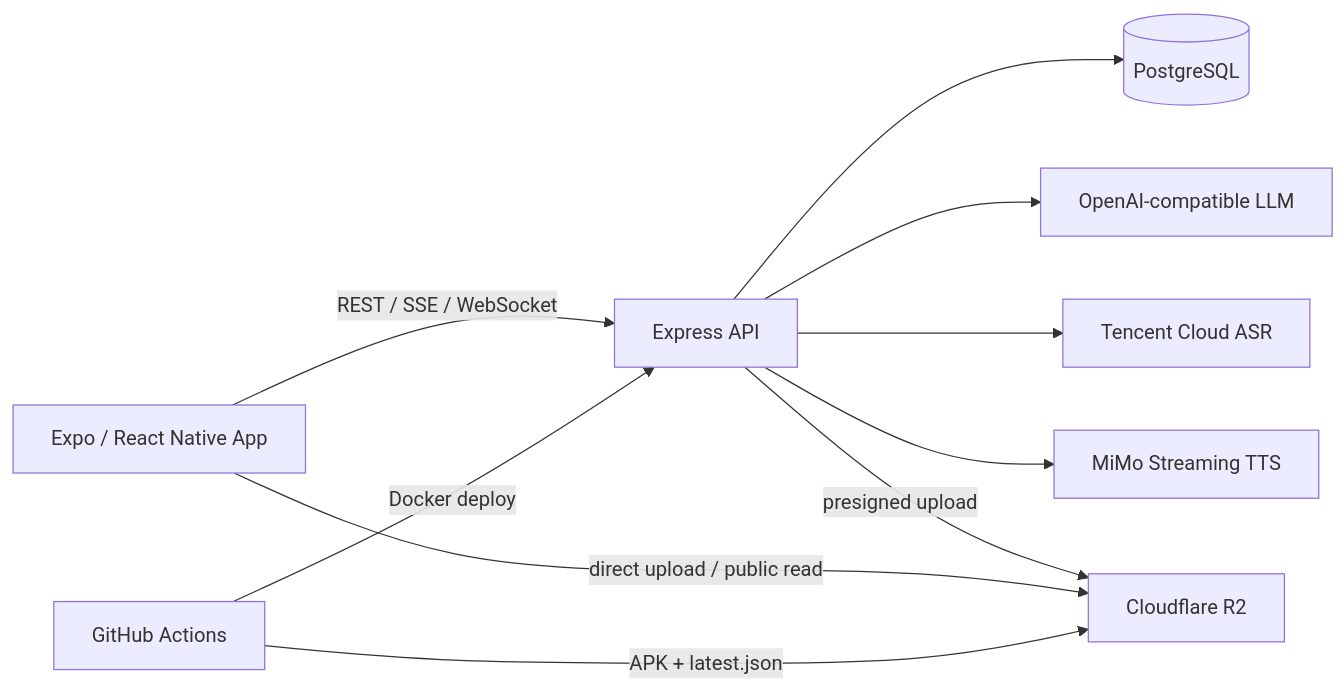
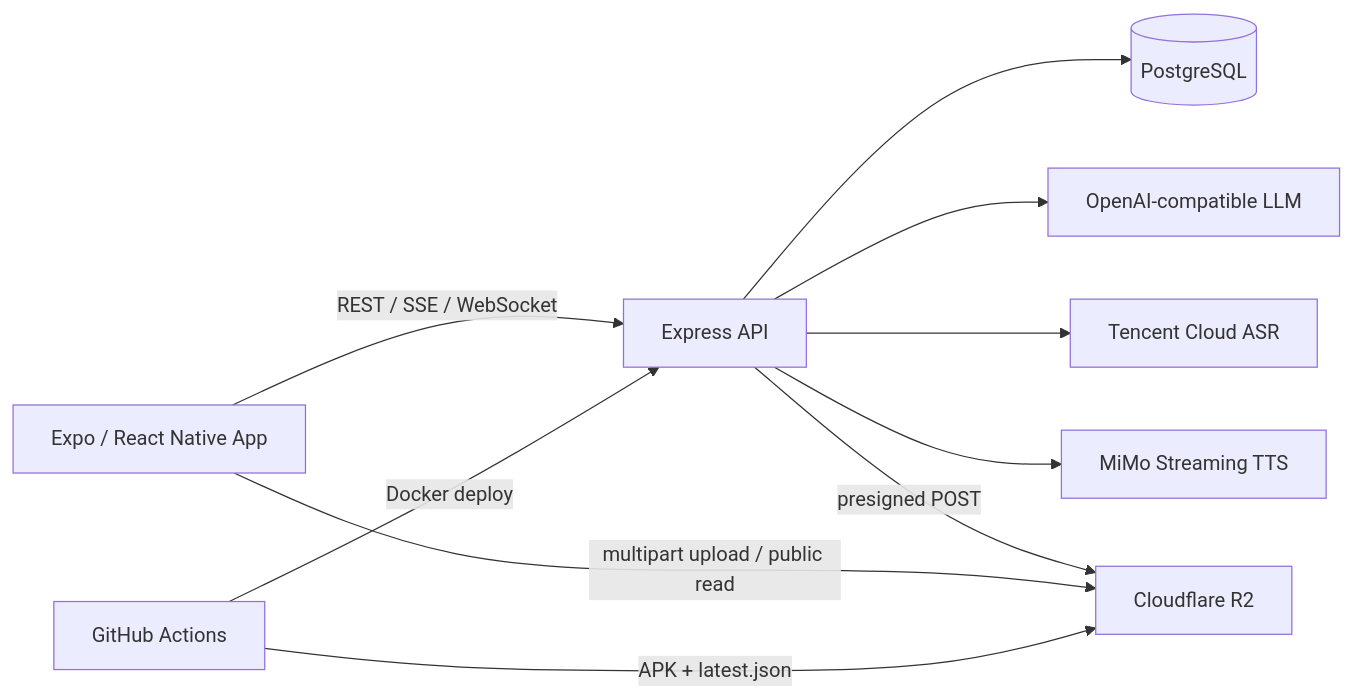
Before and after one commit to ChengSoon/daily-habit-checkin: the diagram in README.md, drawn with Mermaid. The commit also changed other lines of this file and 154 other files, not shown here.

````diff
--- a/README.md
+++ b/README.md
@@ -74,21 +74,21 @@
 ```mermaid
 flowchart LR
   App["Expo / React Native App"]
   API["Express API"]
   DB[("PostgreSQL")]
   R2["Cloudflare R2"]
   LLM["OpenAI-compatible LLM"]
   ASR["Tencent Cloud ASR"]
   TTS["MiMo Streaming TTS"]
   CI["GitHub Actions"]
 
   App -->|"REST / SSE / WebSocket"| API
   API --> DB
   API --> LLM
   API --> ASR
   API --> TTS
-  API -->|"presigned upload"| R2
-  App -->|"direct upload / public read"| R2
+  API -->|"presigned POST"| R2
+  App -->|"multipart upload / public read"| R2
   CI -->|"APK + latest.json"| R2
   CI -->|"Docker deploy"| API
 ```
````
